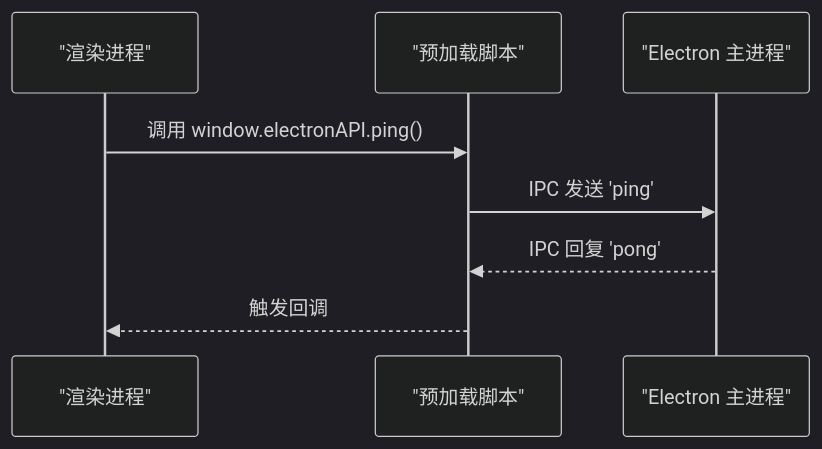
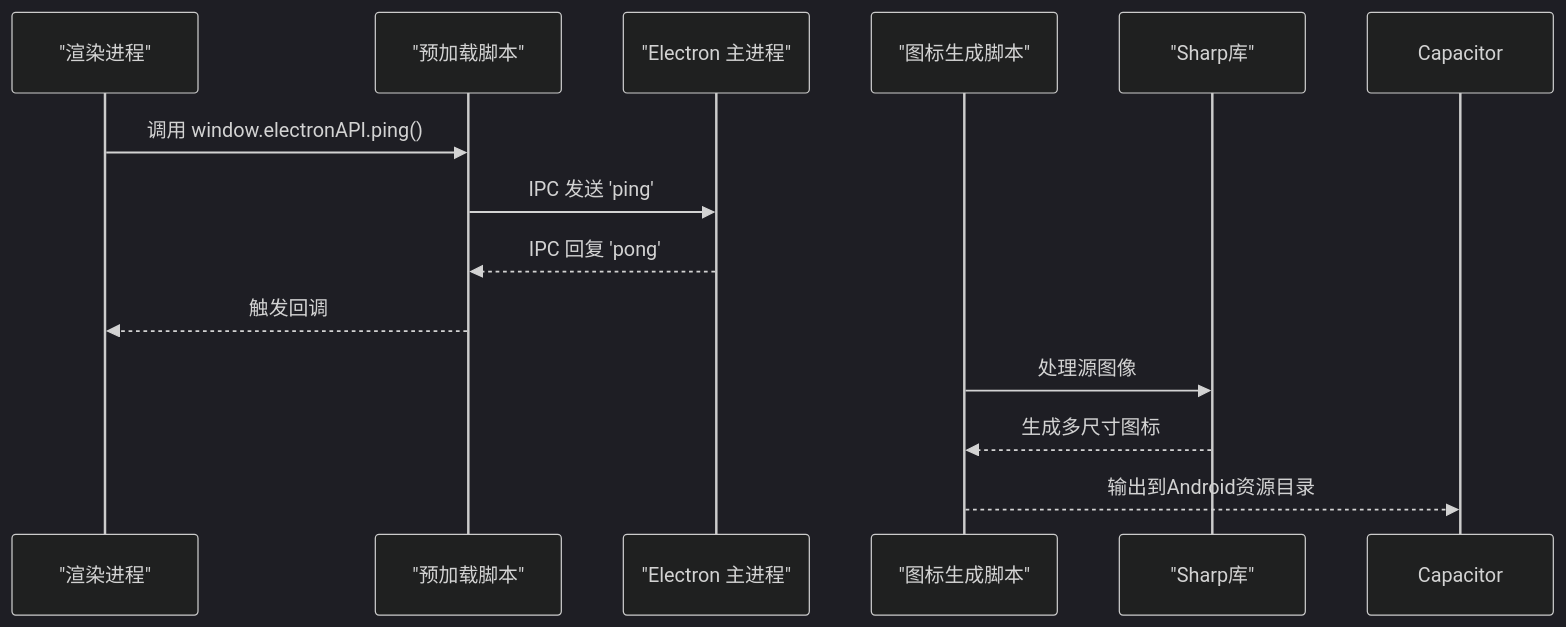
Before and after one commit to xiao-lin-unit/yuan: the eighth of 10 diagrams in .qoder/repowiki/zh/content/构建与部署/Web构建配置.md, drawn with Mermaid (dark theme). The commit also changed other lines of this file and 11 other files, not shown here.

````diff
--- a/.qoder/repowiki/zh/content/构建与部署/Web构建配置.md
+++ b/.qoder/repowiki/zh/content/构建与部署/Web构建配置.md
@@ -284,10 +315,15 @@
 ```mermaid
 sequenceDiagram
 participant Renderer as "渲染进程"
 participant Preload as "预加载脚本"
 participant Main as "Electron 主进程"
 Renderer->>Preload : 调用 window.electronAPI.ping()
 Preload->>Main : IPC 发送 'ping'
 Main-->>Preload : IPC 回复 'pong'
 Preload-->>Renderer : 触发回调
+participant IconGen as "图标生成脚本"
+participant Sharp as "Sharp库"
+IconGen->>Sharp : 处理源图像
+Sharp-->>IconGen : 生成多尺寸图标
+IconGen-->>Capacitor : 输出到Android资源目录
 ```
````
